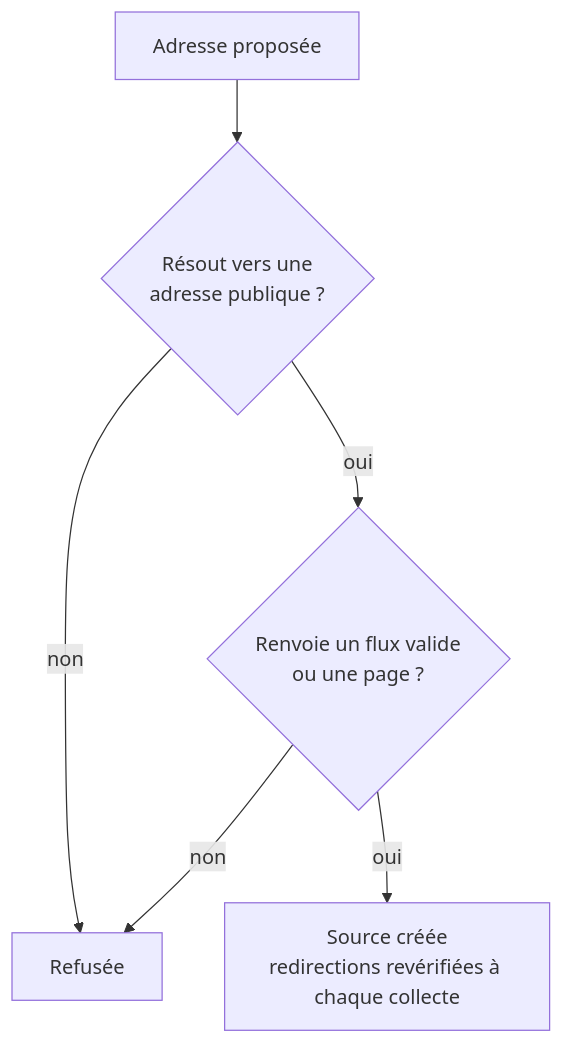
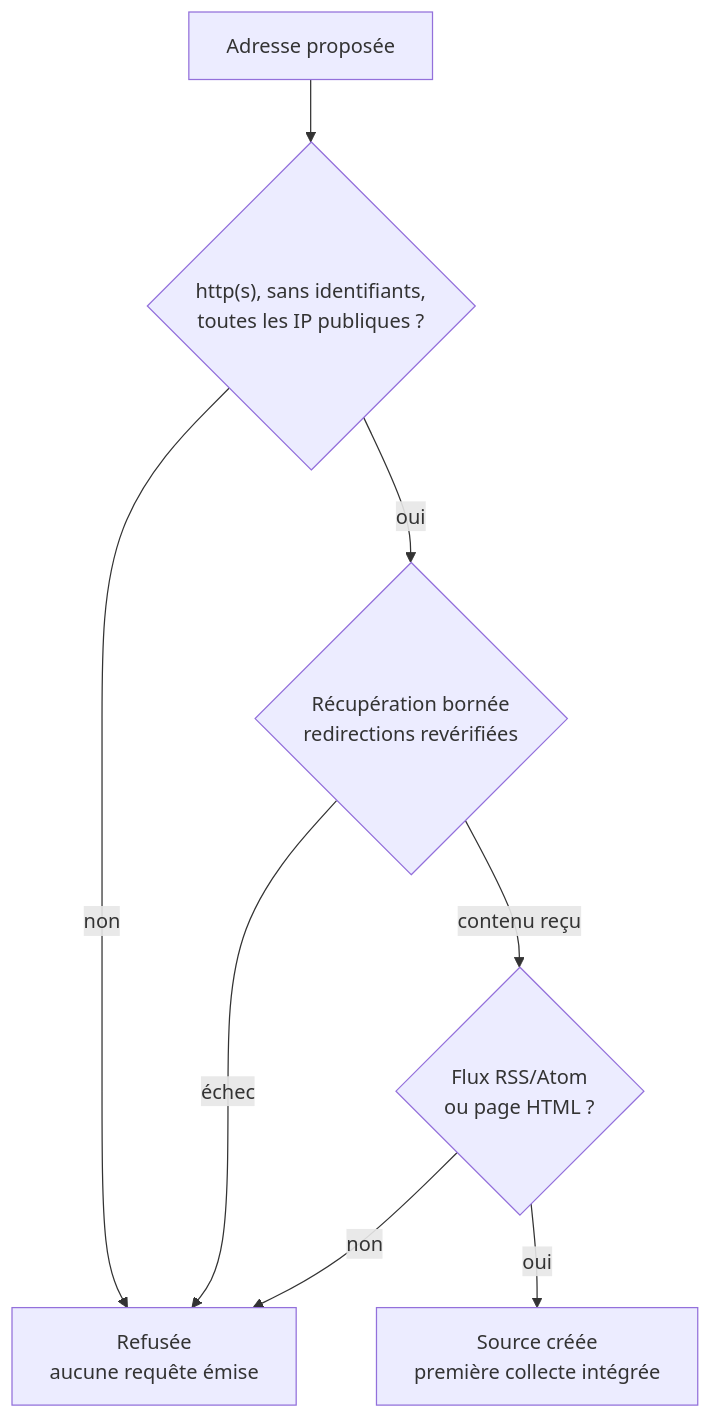
Before and after one commit to FTurleque/argos-tech-platform: the diagram in docs/specifications/veille-rss-web.md, drawn with Mermaid. The commit also changed other lines of this file and 9 other files, not shown here.

````diff
--- a/docs/specifications/veille-rss-web.md
+++ b/docs/specifications/veille-rss-web.md
@@ -76,8 +90,10 @@
 ```mermaid
 flowchart TD
-    A["Adresse proposée"] --> B{"Résout vers une<br/>adresse publique ?"}
-    B -- "non" --> R["Refusée"]
-    B -- "oui" --> C{"Renvoie un flux valide<br/>ou une page ?"}
-    C -- "non" --> R
-    C -- "oui" --> D["Source créée<br/>redirections revérifiées à chaque collecte"]
+    A["Adresse proposée"] --> B{"http(s), sans identifiants,<br/>toutes les IP publiques ?"}
+    B -- "non" --> R["Refusée<br/>aucune requête émise"]
+    B -- "oui" --> C{"Récupération bornée<br/>redirections revérifiées"}
+    C -- "échec" --> R
+    C -- "contenu reçu" --> D{"Flux RSS/Atom<br/>ou page HTML ?"}
+    D -- "non" --> R
+    D -- "oui" --> E["Source créée<br/>première collecte intégrée"]
 ```
````
